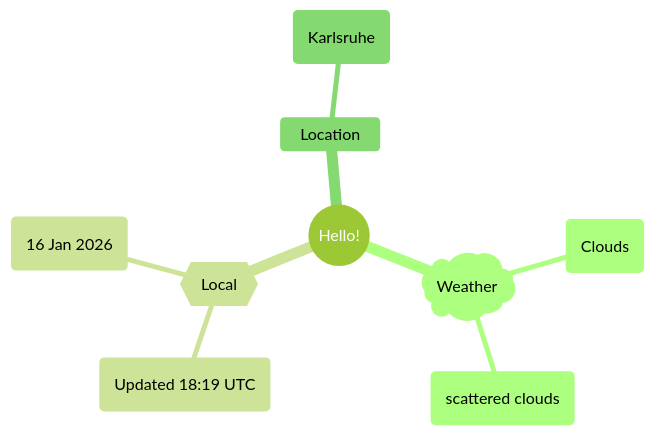
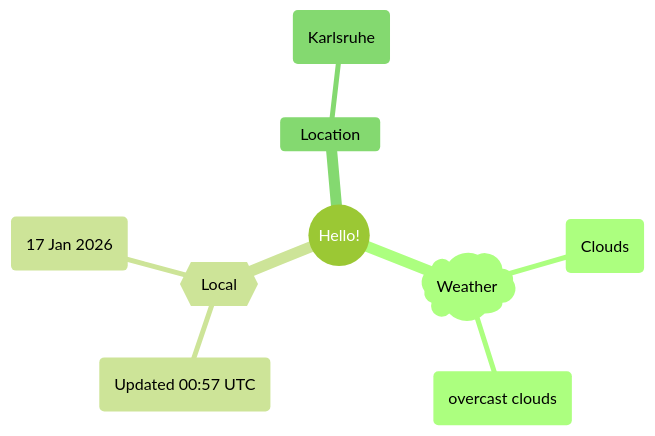
The first of 2 diagrams in README.md (Xosrov/Xosrov), drawn with Mermaid (forest theme) before and after one commit.

Commit message:
[bot] updated images

````diff
--- a/README.md
+++ b/README.md
@@ -3,12 +3,12 @@
 ```mermaid
 mindmap
   root((Hello!))
     )Weather(
         (Clouds)
-        (scattered clouds)
+        (overcast clouds)
     {{Local}}
-        (Updated 18:19 UTC)
-        (16 Jan 2026)
+        (Updated 00:57 UTC)
+        (17 Jan 2026)
     Location
         (Karlsruhe)
 ```
````
